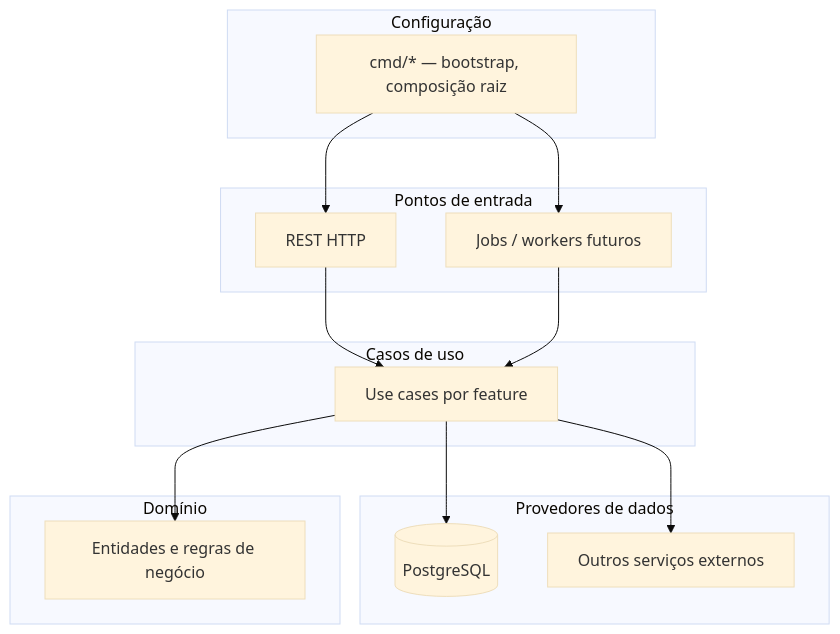
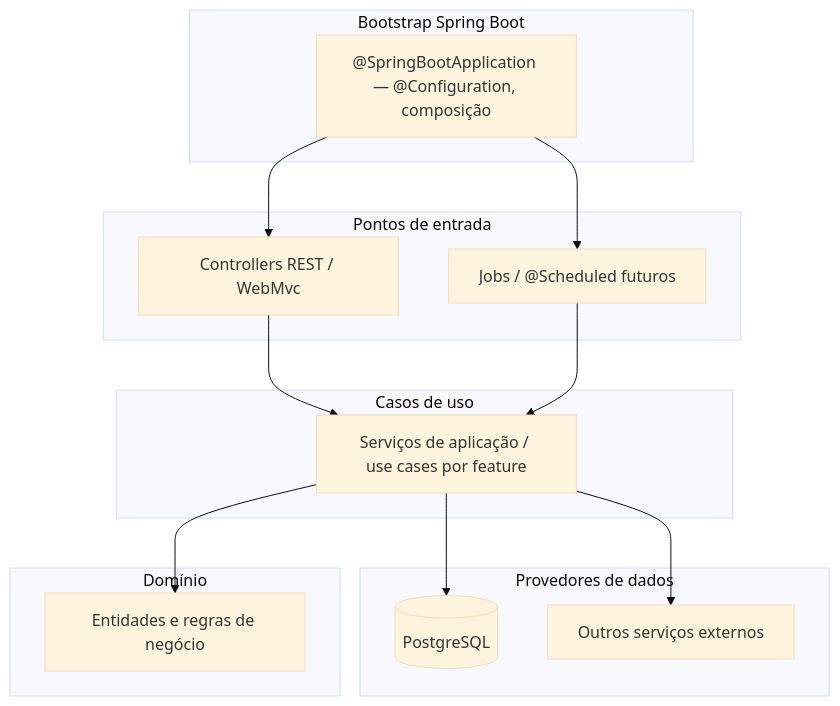
One commit to IgorCooli/instituto-renata-be changed the diagram in docs/SPEC.md. Above: the diagram before and after it, drawn with Mermaid (base theme). The commit also changed other lines of this file and 5 other files, not shown here.

First line of the commit message:
docs: stack Java, Spring Boot 4 e PostgreSQL (SPEC, PLAN, PROMPT, README)

````diff
--- a/docs/SPEC.md
+++ b/docs/SPEC.md
@@ -16,27 +17,27 @@
 ```mermaid
 flowchart TB
-  subgraph config [Configuração]
-    CMD["cmd/* — bootstrap, composição raiz"]
+  subgraph boot [Bootstrap Spring Boot]
+    APP["@SpringBootApplication — @Configuration, composição"]
   end
   subgraph drivers [Provedores de dados]
     PG[(PostgreSQL)]
     EXT[Outros serviços externos]
   end
   subgraph entry [Pontos de entrada]
-    REST[REST HTTP]
-    JOBS[Jobs / workers futuros]
+    REST[Controllers REST / WebMvc]
+    JOBS[Jobs / @Scheduled futuros]
   end
   subgraph app [Casos de uso]
-    UC[Use cases por feature]
+    UC[Serviços de aplicação / use cases por feature]
   end
   subgraph domain [Domínio]
     E[Entidades e regras de negócio]
   end
-  CMD --> REST
-  CMD --> JOBS
+  APP --> REST
+  APP --> JOBS
   REST --> UC
   JOBS --> UC
   UC --> E
   UC --> PG
   UC --> EXT
 ```
````
